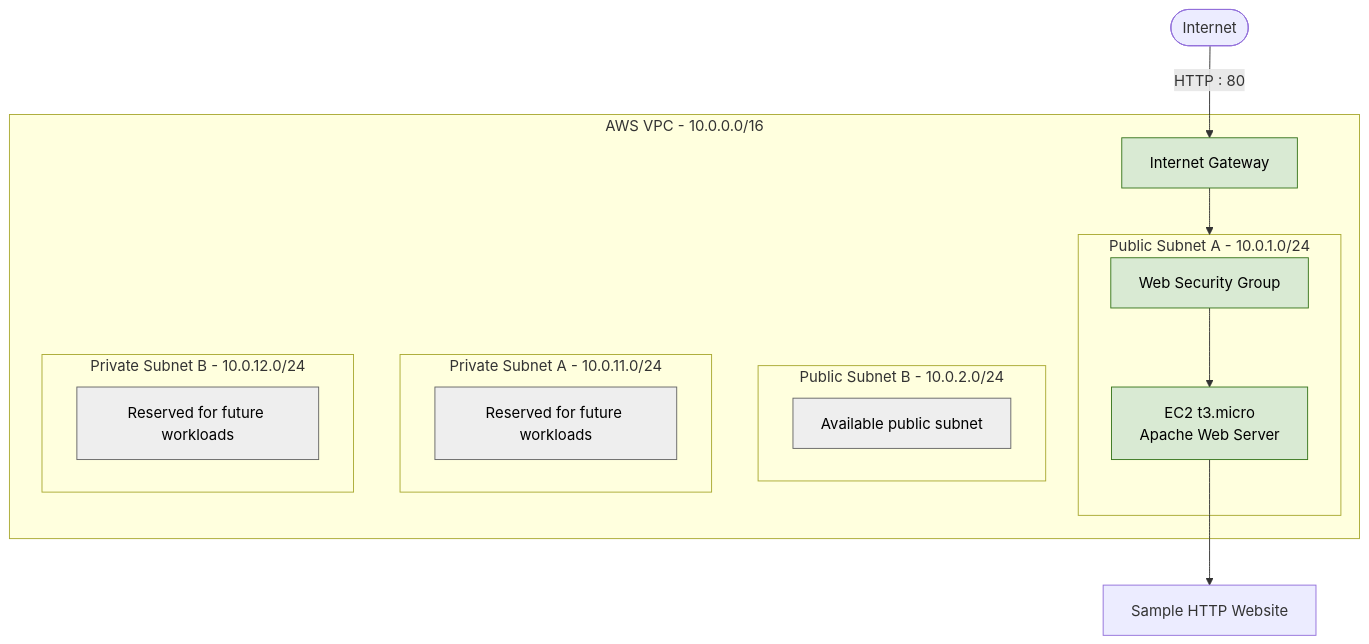
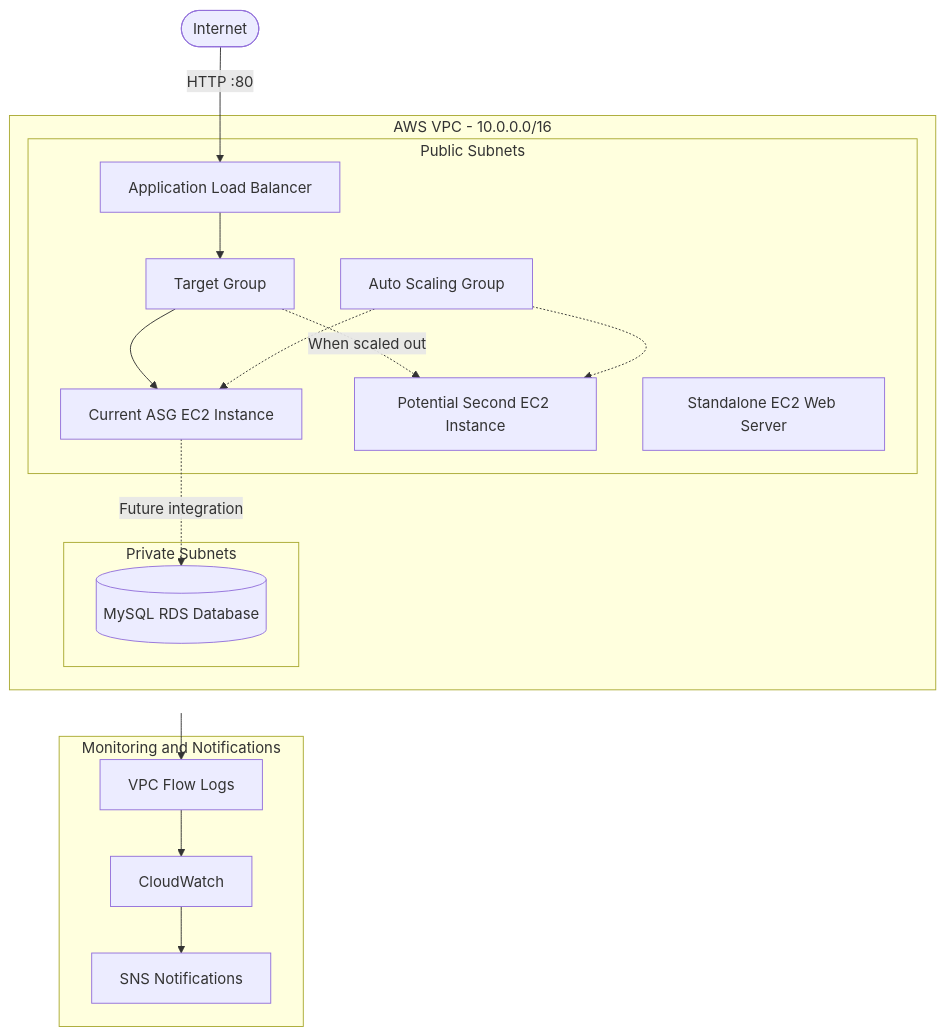
Before and after one commit to Samarth029/terraform-aws-infrastructure-automation: the diagram in README.md, drawn with Mermaid. The commit also changed other lines of this file and 4 other files, not shown here.

````diff
--- a/README.md
+++ b/README.md
@@ -21,34 +26,36 @@
 ```mermaid
 flowchart TB
-    Internet([Internet]) -->|HTTP : 80| IGW[Internet Gateway]
+    Internet([Internet]) -->|HTTP :80| ALB
 
     subgraph VPC["AWS VPC - 10.0.0.0/16"]
-        subgraph PublicA["Public Subnet A - 10.0.1.0/24"]
-            SG[Web Security Group]
-            EC2["EC2 t3.micro<br/>Apache Web Server"]
-            SG --> EC2
+        subgraph Public["Public Subnets"]
+            ALB["Application Load Balancer"]
+            TG["Target Group"]
+            ASG["Auto Scaling Group"]
+            APP1["Current ASG EC2 Instance"]
+            APP2["Potential Second EC2 Instance"]
+            EC2["Standalone EC2 Web Server"]
         end
 
-        subgraph PublicB["Public Subnet B - 10.0.2.0/24"]
-            PUBB[Available public subnet]
+        subgraph Private["Private Subnets"]
+            RDS[("MySQL RDS Database")]
         end
 
-        subgraph PrivateA["Private Subnet A - 10.0.11.0/24"]
-            PRIVA[Reserved for future workloads]
-        end
-
-        subgraph PrivateB["Private Subnet B - 10.0.12.0/24"]
-            PRIVB[Reserved for future workloads]
-        end
-
-        IGW --> PublicA
+        ALB --> TG
+        TG --> APP1
+        TG -.->|When scaled out| APP2
+        ASG -.-> APP1
+        ASG -.-> APP2
+        APP1 -.->|Future integration| RDS
     end
 
-    EC2 --> Website[Sample HTTP Website]
+    subgraph Monitoring["Monitoring and Notifications"]
+        FLOW["VPC Flow Logs"]
+        CW["CloudWatch"]
+        SNS["SNS Notifications"]
+    end
 
-    classDef active fill:#d9ead3,stroke:#38761d,color:#000
-    classDef planned fill:#eeeeee,stroke:#666666,color:#000
-
-    class EC2,SG,IGW active
-    class PUBB,PRIVA,PRIVB planned
+    VPC --> FLOW
+    FLOW --> CW
+    CW --> SNS
 ```
````
